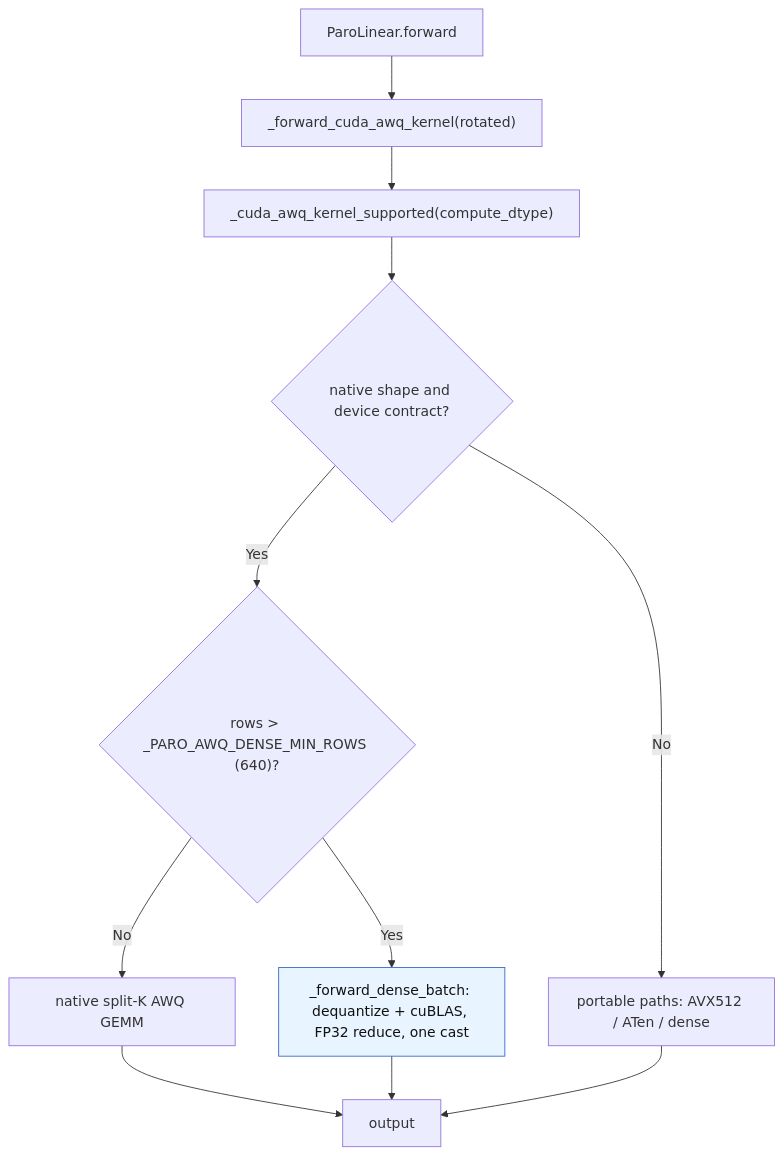
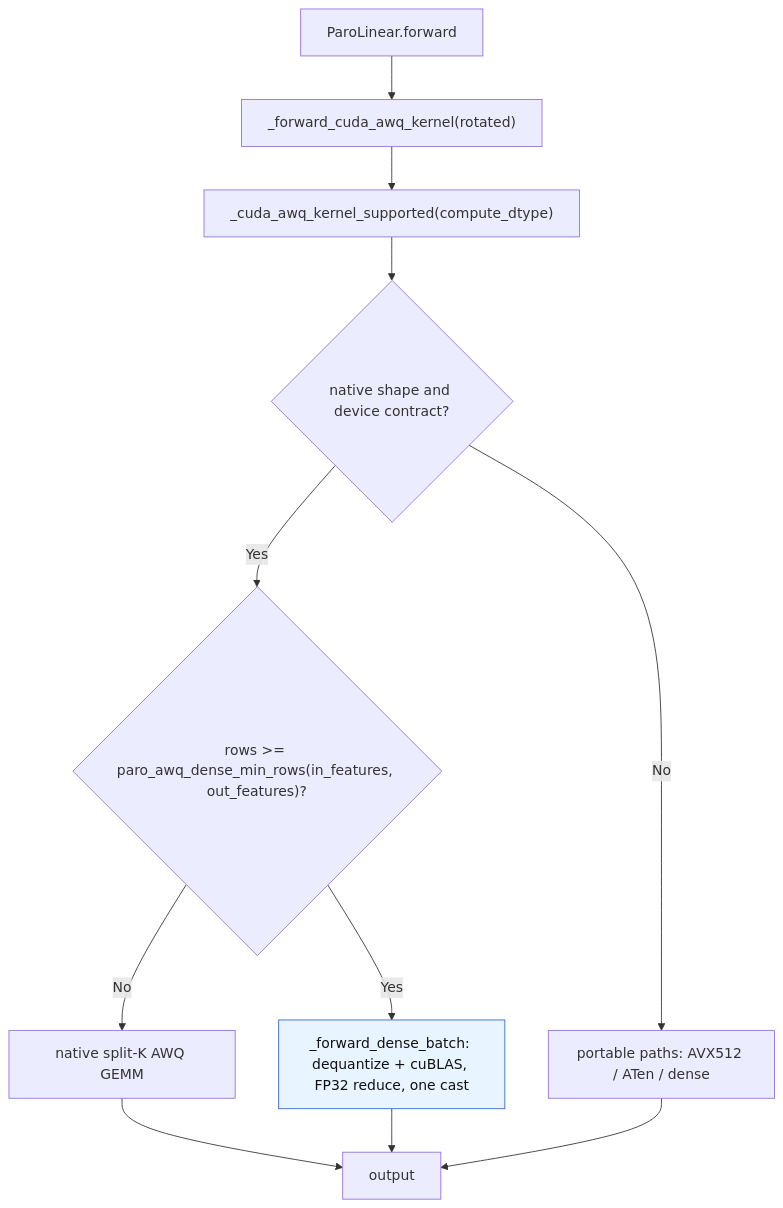
One commit to ModelCloud/GPTQModel changed the fourth of 7 diagrams in docs/paro.md. Above: the diagram before and after it, drawn with Mermaid. The commit also changed other lines of this file and 2 other files, not shown here.

Commit message:
fix(paro): make the dense/split-K prefill crossover shape-aware (#5210)

````diff
--- a/docs/paro.md
+++ b/docs/paro.md
@@ -246,15 +252,15 @@
 ```mermaid
 flowchart TD
     A["ParoLinear.forward"] --> B["_forward_cuda_awq_kernel(rotated)"]
     B --> C["_cuda_awq_kernel_supported(compute_dtype)"]
     C --> D{"native shape and device contract?"}
     D -- "No" --> Z["portable paths: AVX512 / ATen / dense"]
-    D -- "Yes" --> E{"rows > _PARO_AWQ_DENSE_MIN_ROWS (640)?"}
+    D -- "Yes" --> E{"rows >= paro_awq_dense_min_rows(in_features, out_features)?"}
     E -- "No" --> F["native split-K AWQ GEMM"]
     E -- "Yes" --> G["_forward_dense_batch: dequantize + cuBLAS, FP32 reduce, one cast"]
     F --> H["output"]
     G --> H
     Z --> H
     classDef wide fill:#e8f4ff,stroke:#36c,color:#111
     class G wide
 ```
````
